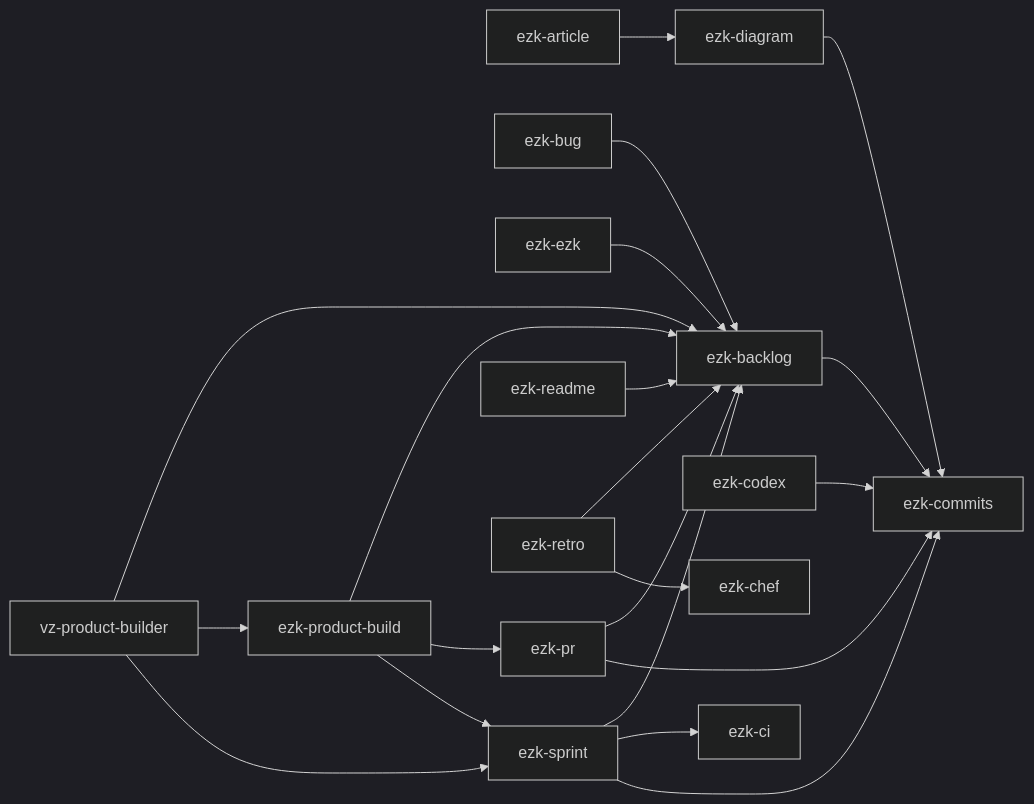
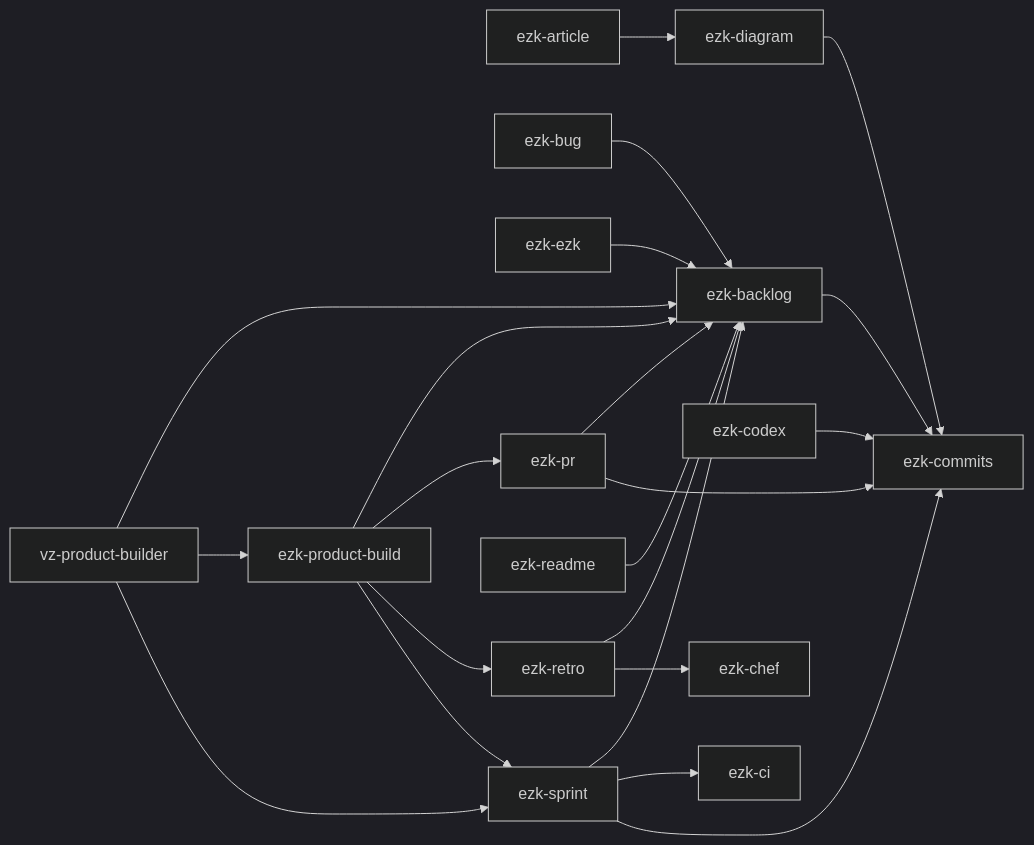
The diagram in products/mega-city/skills/README.md (elzinko/vectorz), drawn with Mermaid (dark theme) before and after one commit. The commit also changed 2 other files, not shown here.

Commit message:
feat(ezk-product-build): retro de fin d'iteration (--retro end|every:N|off)
Fiche 20260911224102584. A la cloture d'un run ayant construit >= 2 sprints,
ezk-product-build INVOQUE ezk-retro sur le perimetre 'iteration' (compose,
ne reimplemente rien), applique 2-3 propositions et tamponne le reste sous
controle PO. --retro end (defaut) | every:N (N>=2) | off ; --once/--max-sprints 1
ne declenche jamais. Degrade proprement si le carnet 0081 est absent.
composes: +ezk-retro -> graphe README + carte map:data regeneres.

````diff
--- a/products/mega-city/skills/README.md
+++ b/products/mega-city/skills/README.md
@@ -49,23 +49,24 @@
 ```mermaid
 flowchart LR
     ezk-article --> ezk-diagram
     ezk-backlog --> ezk-commits
     ezk-bug --> ezk-backlog
     ezk-codex --> ezk-commits
     ezk-diagram --> ezk-commits
     ezk-ezk --> ezk-backlog
     ezk-pr --> ezk-backlog
     ezk-pr --> ezk-commits
     ezk-product-build --> ezk-backlog
     ezk-product-build --> ezk-pr
+    ezk-product-build --> ezk-retro
     ezk-product-build --> ezk-sprint
     ezk-readme --> ezk-backlog
     ezk-retro --> ezk-backlog
     ezk-retro --> ezk-chef
     ezk-sprint --> ezk-backlog
     ezk-sprint --> ezk-ci
     ezk-sprint --> ezk-commits
     vz-product-builder --> ezk-backlog
     vz-product-builder --> ezk-product-build
     vz-product-builder --> ezk-sprint
 ```
````
